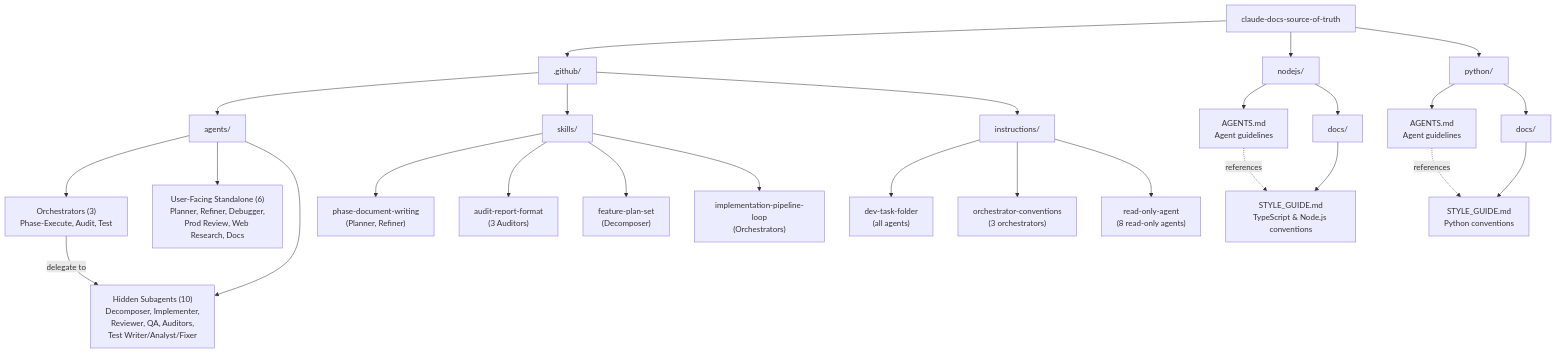
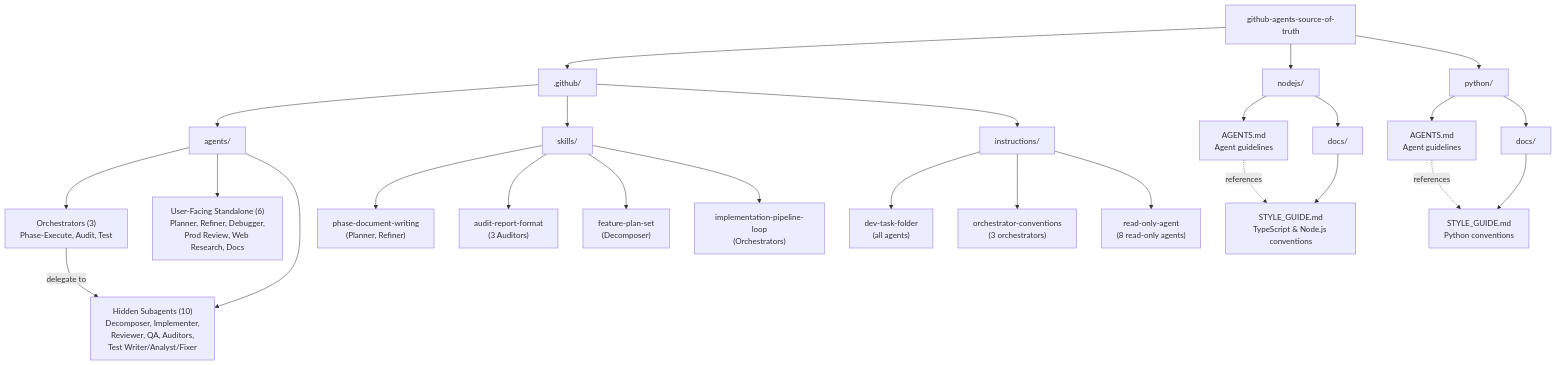
One commit to threnjen/thren-agentic-workflows changed the first of 3 diagrams in docs/ARCHITECTURE.md. Above: the diagram before and after it, drawn with Mermaid. The commit also changed other lines of this file and 4 other files, not shown here.

````diff
--- a/docs/ARCHITECTURE.md
+++ b/docs/ARCHITECTURE.md
@@ -13,36 +13,36 @@
 ```mermaid
 flowchart TD
-    Root[claude-docs-source-of-truth]
+    Root[github-agents-source-of-truth]
     Root --> GH[.github/]
     Root --> NodeDir[nodejs/]
     Root --> PyDir[python/]
 
     GH --> Agents[agents/]
     GH --> Skills[skills/]
     GH --> Instructions[instructions/]
 
     Agents --> Orchestrators["Orchestrators (3)\n Phase-Execute, Audit, Test"]
     Agents --> UserAgents["User-Facing Standalone (6)\nPlanner, Refiner, Debugger,\nProd Review, Web Research, Docs"]
     Agents --> Subagents["Hidden Subagents (10)\nDecomposer, Implementer,\nReviewer, QA, Auditors,\nTest Writer/Analyst/Fixer"]
     Orchestrators -->|delegate to| Subagents
 
     Skills --> S1["phase-document-writing\n(Planner, Refiner)"]
     Skills --> S2["audit-report-format\n(3 Auditors)"]
     Skills --> S3["feature-plan-set\n(Decomposer)"]
     Skills --> S4["implementation-pipeline-loop\n(Orchestrators)"]
 
     Instructions --> I1["dev-task-folder\n(all agents)"]
     Instructions --> I2["orchestrator-conventions\n(3 orchestrators)"]
     Instructions --> I3["read-only-agent\n(8 read-only agents)"]
 
     NodeDir --> NodeAgents[AGENTS.md<br/>Agent guidelines]
     NodeDir --> NodeDocs[docs/]
     NodeDocs --> NodeStyle[STYLE_GUIDE.md<br/>TypeScript & Node.js conventions]
 
     PyDir --> PyAgents[AGENTS.md<br/>Agent guidelines]
     PyDir --> PyDocs[docs/]
     PyDocs --> PyStyle[STYLE_GUIDE.md<br/>Python conventions]
 
     NodeAgents -. "references" .-> NodeStyle
     PyAgents -. "references" .-> PyStyle
 ```
````
